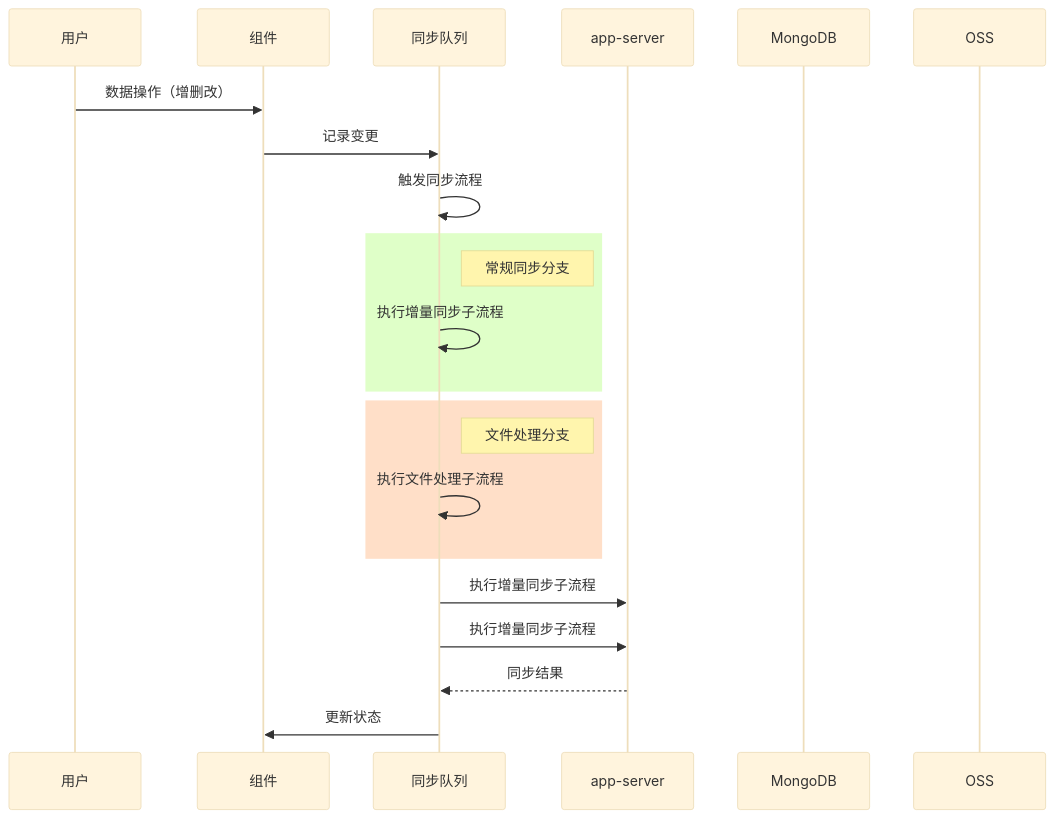
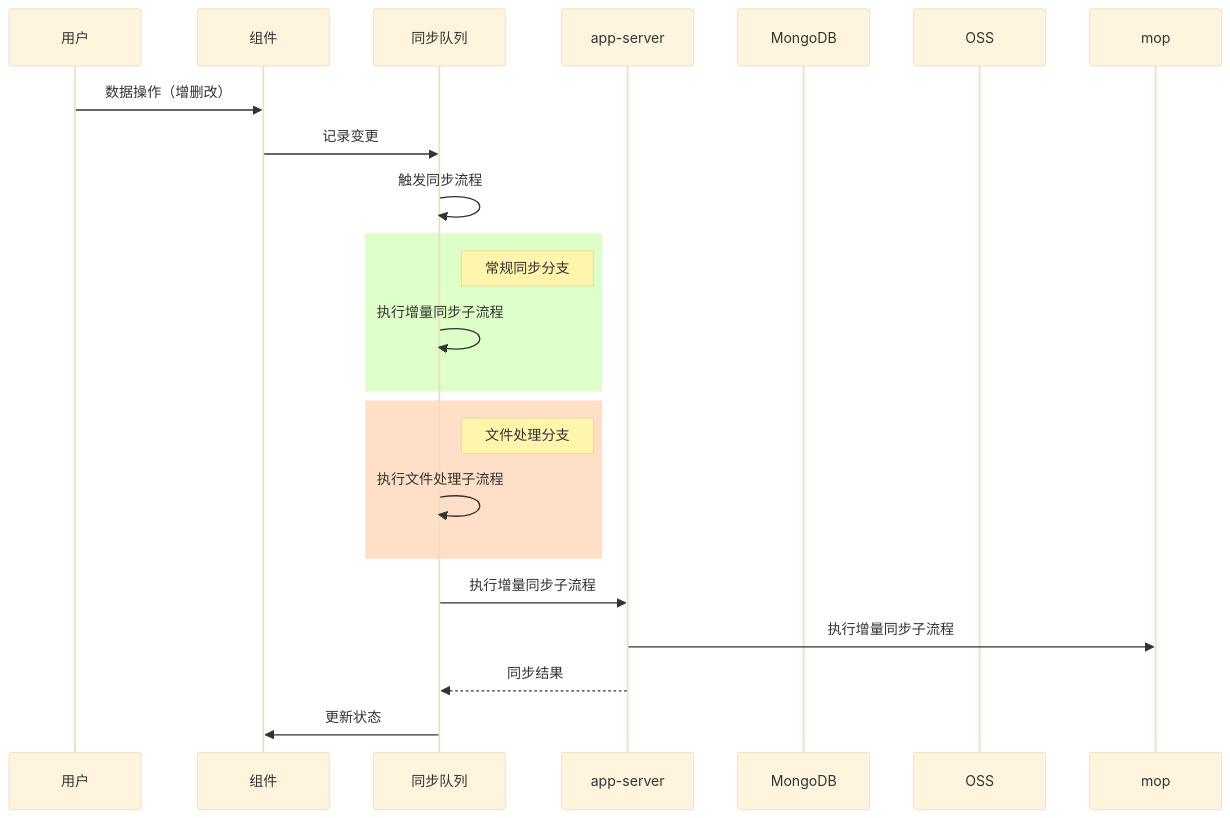
The diagram in all/未命名-24.md (yingjianzh/iodraw-files), drawn with Mermaid (base theme) before and after one commit.

Commit message:
2025-02-24 16:21:08 update

````diff
--- a/all/未命名-24.md
+++ b/all/未命名-24.md
@@ -1,33 +1,33 @@
 ```mermaid
 
 sequenceDiagram
     participant 用户
     participant 组件
     participant 同步队列
     participant app-server
     participant MongoDB
     participant OSS
 
 
     用户->>组件: 数据操作（增删改）
     组件->>同步队列: 记录变更
     同步队列->>同步队列: 触发同步流程
 
 
     rect rgb(223,255,200)
     Note right of 同步队列: 常规同步分支
     同步队列->>同步队列: 执行增量同步子流程
     end
 
     rect rgb(255,223,200)
     Note right of 同步队列: 文件处理分支
     同步队列->>同步队列: 执行文件处理子流程
     end
     
     同步队列->>app-server: 执行增量同步子流程
-    同步队列->>app-server: 执行增量同步子流程
+    app-server->>mop: 执行增量同步子流程
 
     app-server-->>同步队列: 同步结果
     同步队列->>组件: 更新状态
 
 ```
````
